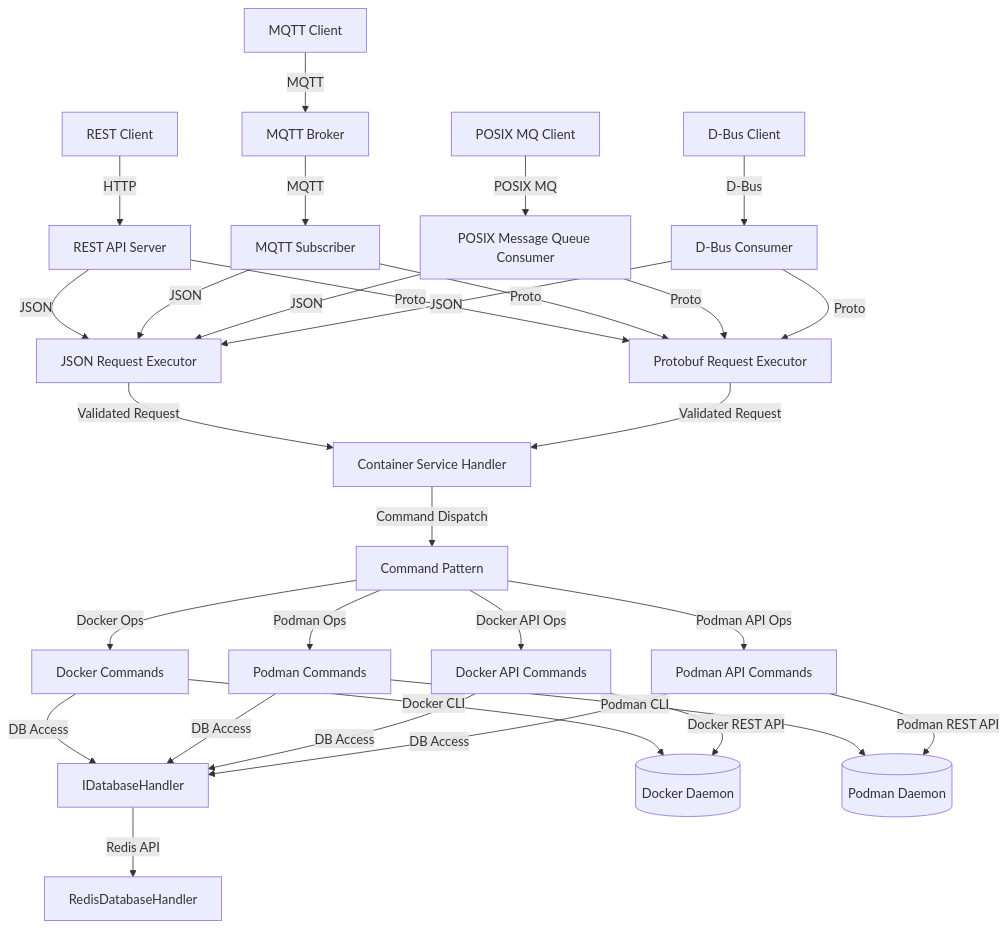
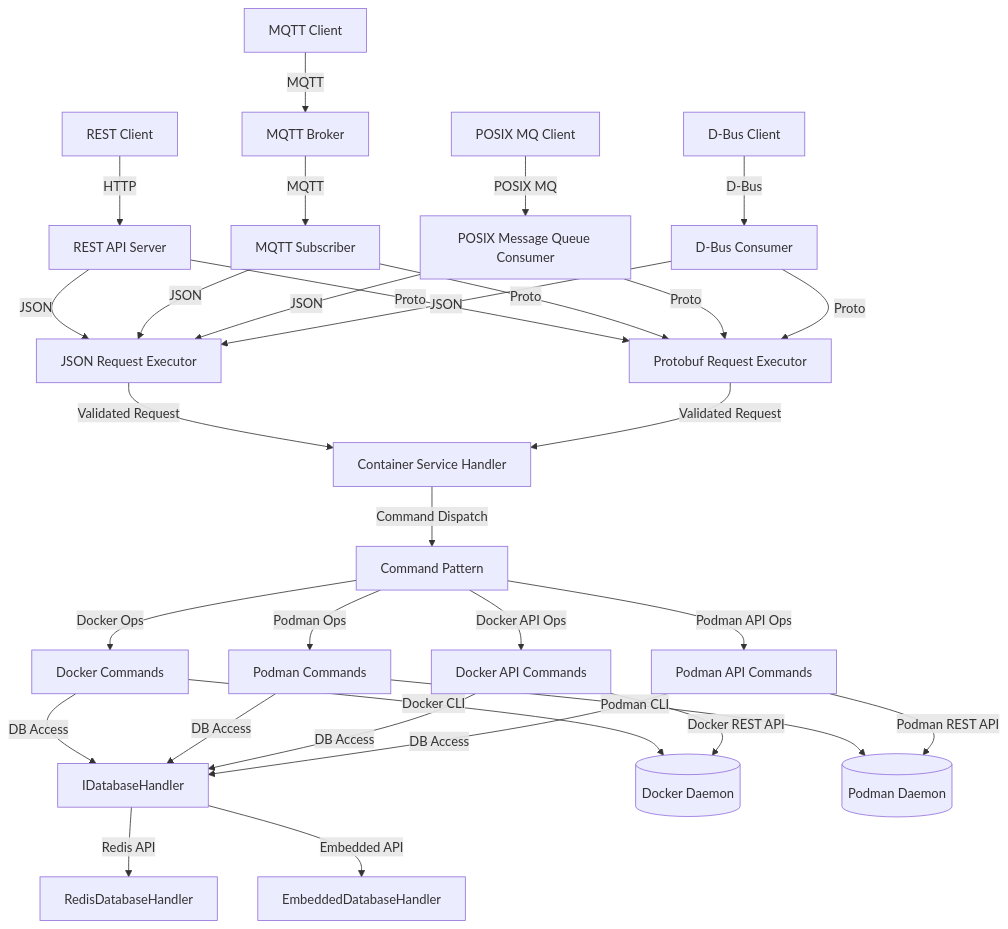
Before and after one commit to Komal-kalyanraman/container_manager: the first of 6 diagrams in docs/architecture/architecture_diagram.md, drawn with Mermaid. The commit also changed other lines of this file and 283 other files, not shown here.

Commit message:
Added Embedded Database and updated documenatation

```diff
--- a/docs/architecture/architecture_diagram.md
+++ b/docs/architecture/architecture_diagram.md
@@ -31,6 +31,7 @@
     %% Database Layer
     DBIF[IDatabaseHandler]
     REDIS[RedisDatabaseHandler]
+    EMBEDDED[EmbeddedDatabaseHandler]
 
     %% Infrastructure
     MQTTB[MQTT Broker]
@@ -72,7 +73,10 @@
     PODMAN -- DB Access --> DBIF
     DOCKERAPI -- DB Access --> DBIF
     PODMANAPI -- DB Access --> DBIF
+
+    %% Database Implementations
     DBIF -- Redis API --> REDIS
+    DBIF -- Embedded API --> EMBEDDED
 
     %% Runtime to Daemon
     DOCKER -- Docker CLI --> DockerD
```
